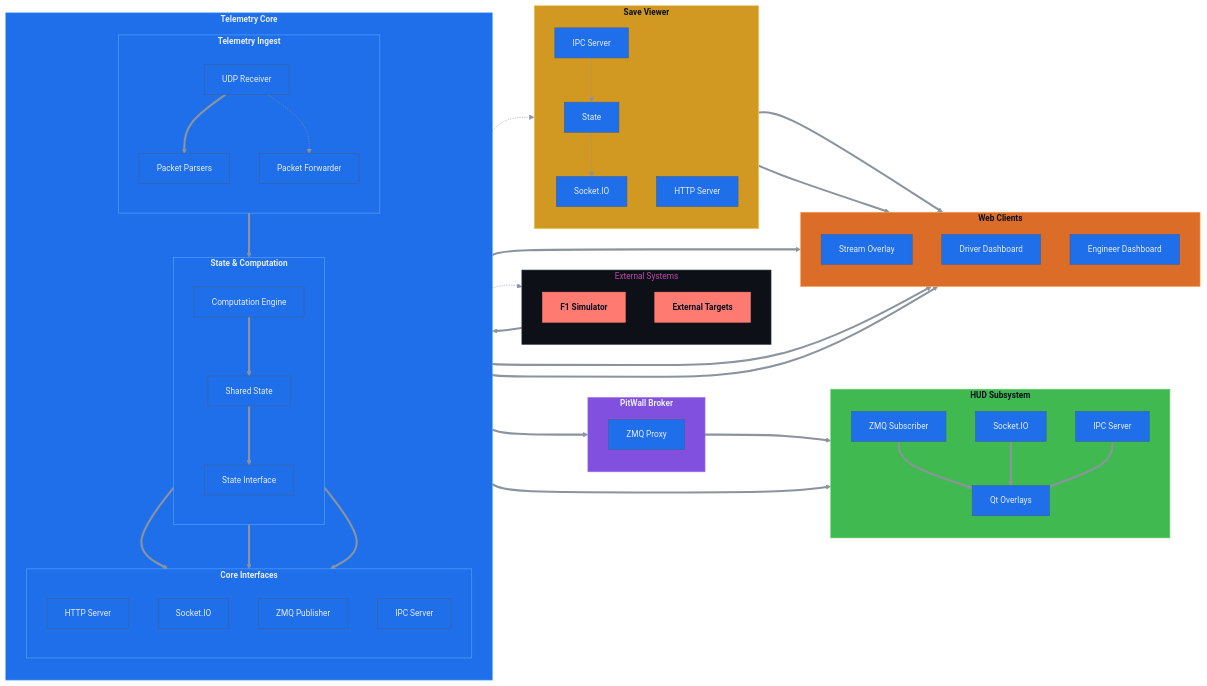
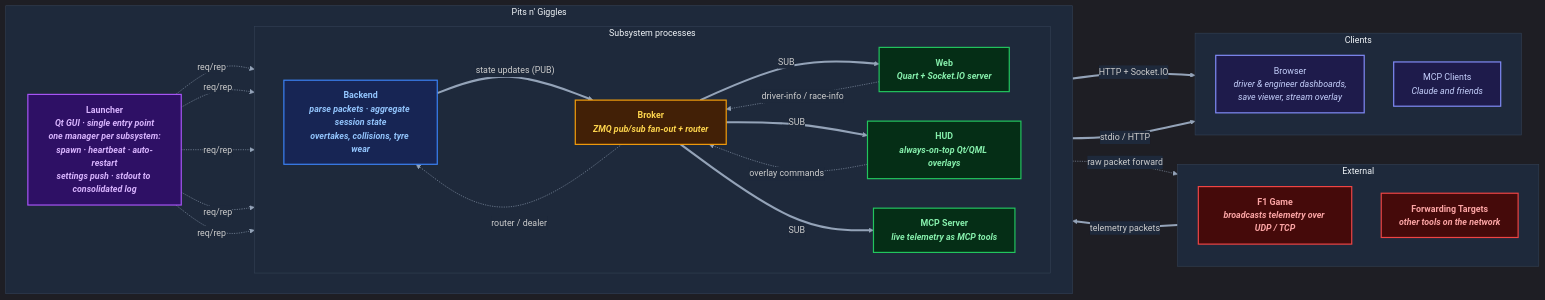
One commit to ashwin-nat/pits-n-giggles changed the diagram in docs/arch.mmd. Above: the diagram before and after it, drawn with Mermaid. The commit also changed 247 other files, not shown here.

```diff
--- a/docs/arch.mmd
+++ b/docs/arch.mmd
@@ -1,149 +1,91 @@
-%%{ init : { "theme" : "base", "themeVariables": {
-  "background": "#0b1020",
-  "primaryColor": "#1f6feb",
-  "primaryTextColor": "#e6edf3",
-  "secondaryColor": "#8250df",
-  "tertiaryColor": "#3fb950",
-  "lineColor": "#8b949e",
-  "edgeLabelBackground": "#0b1020",
-  "fontFamily": "Inter, JetBrains Mono, sans-serif",
-  "fontSize": "14px",
-  "clusterBkg": "#0d1117",
-  "clusterBorder": "#30363d"
-}} }%%
+%%{init: {'theme':'dark', 'themeVariables': {
+  'primaryColor':'#1e293b',
+  'primaryTextColor':'#e2e8f0',
+  'primaryBorderColor':'#475569',
+  'lineColor':'#94a3b8',
+  'secondaryColor':'#0f172a',
+  'tertiaryColor':'#1e293b',
+  'background':'#0f172a',
+  'mainBkg':'#1e293b',
+  'clusterBkg':'#1e293b',
+  'clusterBorder':'#334155',
+  'edgeLabelBackground':'#1e293b',
+  'titleColor':'#f1f5f9',
+  'fontSize':'15px'
+}}}%%
 
 %% ---------------------------------------------------------------------------
-%% pits_n_giggles — Clean Telemetry & UI Architecture
-%% Visual style: dark, neon-accented, left-to-right narrative flow
+%% Pits n' Giggles - high level process architecture
+%% The launcher is the entry point and owns every subsystem process.
+%% Thick edges = telemetry data path. Dashed = control / request path.
+%% For the HUD's internal structure, see hud-arch.mmd
 %% ---------------------------------------------------------------------------
+
 flowchart LR
 
-%% ===========================================================================
-%% External Systems
-%% ===========================================================================
-subgraph EXTERNAL[" External Systems"]
-  direction TB
-  F1_SIM[" F1 Simulator"]
-  EXT_TGT[" External Targets"]
+subgraph EXT["External"]
+    direction TB
+    GAME["F1 Game<br/><i>broadcasts telemetry over UDP / TCP</i>"]
+    FWD["Forwarding Targets<br/><i>other tools on the network</i>"]
 end
 
-%% ===========================================================================
-%% Core Telemetry Stack
-%% ===========================================================================
-subgraph CORE[" Telemetry Core"]
-  direction TB
+subgraph PNG["Pits n' Giggles"]
+    direction LR
+    MGRS["Launcher<br/><i>Qt GUI · single entry point</i><br/><i>one manager per subsystem:</i><br/><i>spawn · heartbeat · auto-restart</i><br/><i>settings push · stdout to consolidated log</i>"]
 
-  subgraph TELEMETRY[" Telemetry Ingest"]
-    direction TB
-    UDP_RECV["UDP Receiver"]
-    PARSERS["Packet Parsers"]
-    PACKET_FWD["Packet Forwarder"]
-  end
-
-  subgraph STATE[" State & Computation"]
-    direction TB
-    COMP_ENGINE["Computation Engine"]
-    SHARED_STATE["Shared State"]
-    API_INTF["State Interface"]
-  end
-
-  subgraph INTF[" Core Interfaces"]
-    direction TB
-    HTTP["HTTP Server"]
-    SOCKETIO["Socket.IO"]
-    ZMQ_PUB["ZMQ Publisher"]
-    IPC["IPC Server"]
-  end
+    subgraph SUBSYS["Subsystem processes"]
+        direction LR
+        BACKEND["Backend<br/><i>parse packets · aggregate session state</i><br/><i>overtakes, collisions, tyre wear</i>"]
+        BROKER["Broker<br/><i>ZMQ pub/sub fan-out + router</i>"]
+        WEB["Web<br/><i>Quart + Socket.IO server</i>"]
+        HUD["HUD<br/><i>always-on-top Qt/QML overlays</i>"]
+        MCP["MCP Server<br/><i>live telemetry as MCP tools</i>"]
+    end
 end
 
-%% ===========================================================================
-%% Message Distribution
-%% ===========================================================================
-subgraph PITWALL[" PitWall Broker"]
-  direction TB
-  ZMQ_PROXY["ZMQ Proxy"]
+subgraph CLIENTS["Clients"]
+    direction TB
+    BROWSER["Browser<br/><i>driver &amp; engineer dashboards,<br/>save viewer, stream overlay</i>"]
+    AGENT["MCP Clients<br/><i>Claude and friends</i>"]
 end
 
-%% ===========================================================================
-%% HUD Subsystem
-%% ===========================================================================
-subgraph HUD[" HUD Subsystem"]
-  direction TB
-  HUD_SUB["ZMQ Subscriber"]
-  HUD_SOCKETIO["Socket.IO"]
-  HUD_IPC["IPC Server"]
-  HUD_QT["Qt Overlays"]
-end
+%% -- launcher owns the subsystems (one manager per subsystem) --------------
+MGRS -.->|"req/rep"| BACKEND
+MGRS -.->|"req/rep"| BROKER
+MGRS -.->|"req/rep"| WEB
+MGRS -.->|"req/rep"| HUD
+MGRS -.->|"req/rep"| MCP
 
-%% ===========================================================================
-%% Save Viewer
-%% ===========================================================================
-subgraph SAVE_VIEWER[" Save Viewer"]
-  direction TB
-  SV_IPC["IPC Server"]
-  SV_STATE["State"]
-  SV_HTTP["HTTP Server"]
-  SV_SOCKETIO["Socket.IO"]
-end
+%% -- ingest ---------------------------------------------------------------
+GAME ==>|"telemetry packets"| BACKEND
+BACKEND -.->|"raw packet forward"| FWD
 
-%% ===========================================================================
-%% Web Clients
-%% ===========================================================================
-subgraph UI[" Web Clients"]
-  direction TB
-  STREAM_OVERLAY[" Stream Overlay"]
-  DRV_VIEW[" Driver Dashboard"]
-  ENG_VIEW[" Engineer Dashboard"]
-end
+%% -- state fan-out --------------------------------------------------------
+BACKEND ==>|"state updates (PUB)"| BROKER
+BROKER ==>|"SUB"| WEB
+BROKER ==>|"SUB"| HUD
+BROKER ==>|"SUB"| MCP
 
-%% ===========================================================================
-%% Primary Telemetry Flow (Hot Path)
-%% ===========================================================================
-F1_SIM ==> UDP_RECV ==> PARSERS ==> COMP_ENGINE ==> SHARED_STATE
-UDP_RECV -.-> PACKET_FWD -.-> EXT_TGT
+%% -- pull requests back to the backend ------------------------------------
+WEB -.->|"driver-info / race-info"| BROKER
+HUD -.->|"overlay commands"| BROKER
+BROKER -.->|"router / dealer"| BACKEND
 
-%% ===========================================================================
-%% Core State Fan-out
-%% ===========================================================================
-SHARED_STATE ==> API_INTF
-API_INTF ==> HTTP
-API_INTF ==> SOCKETIO
-API_INTF ==> ZMQ_PUB
+%% -- delivery -------------------------------------------------------------
+WEB ==>|"HTTP + Socket.IO"| BROWSER
+MCP ==>|"stdio / HTTP"| AGENT
 
-%% ===========================================================================
-%% ZMQ Low-Latency Distribution
-%% ===========================================================================
-ZMQ_PUB ==> ZMQ_PROXY ==> HUD_SUB ==> HUD_QT
+%% -- styles ---------------------------------------------------------------
+classDef external fill:#450a0a,stroke:#ef4444,color:#fca5a5,stroke-width:2px,font-weight:bold
+classDef mgr      fill:#2e1065,stroke:#a855f7,color:#d8b4fe,stroke-width:2px,font-weight:bold
+classDef backend  fill:#172554,stroke:#3b82f6,color:#93c5fd,stroke-width:2px,font-weight:bold
+classDef broker   fill:#422006,stroke:#f59e0b,color:#fcd34d,stroke-width:2px,font-weight:bold
+classDef consumer fill:#052e16,stroke:#22c55e,color:#86efac,stroke-width:2px,font-weight:bold
+classDef client   fill:#1e1b4b,stroke:#818cf8,color:#c7d2fe,stroke-width:2px
 
-%% ===========================================================================
-%% Socket.IO UI Distribution
-%% ===========================================================================
-SOCKETIO ==> HUD_SOCKETIO ==> HUD_QT
-SOCKETIO ==> STREAM_OVERLAY
-SOCKETIO ==> DRV_VIEW
-SOCKETIO ==> ENG_VIEW
-
-%% ===========================================================================
-%% Control & Playback Paths
-%% ===========================================================================
-IPC -.-> SV_IPC -.-> SV_STATE -.-> SV_SOCKETIO
-SV_HTTP ==> DRV_VIEW
-SV_SOCKETIO ==> DRV_VIEW
-HUD_IPC ==> HUD_QT
-
-%% ===========================================================================
-%% Styling
-%% ===========================================================================
-classDef external fill:#ff7b72,stroke:#ff7b72,color:#0b1020,font-weight:bold
-classDef core fill:#1f6feb,stroke:#58a6ff,color:#e6edf3,font-weight:bold
-classDef pitwall fill:#8250df,stroke:#a371f7,color:#e6edf3,font-weight:bold
-classDef hud fill:#3fb950,stroke:#56d364,color:#0b1020,font-weight:bold
-classDef save fill:#d29922,stroke:#f2cc60,color:#0b1020,font-weight:bold
-classDef ui fill:#db6d28,stroke:#ffa657,color:#0b1020,font-weight:bold
-
-class F1_SIM,EXT_TGT external
-class CORE,TELEMETRY,STATE,INTF core
-class PITWALL pitwall
-class HUD hud
-class SAVE_VIEWER save
-class UI ui
+class GAME,FWD external
+class MGRS mgr
+class BACKEND backend
+class BROKER broker
+class WEB,HUD,MCP consumer
+class BROWSER,AGENT client
```
